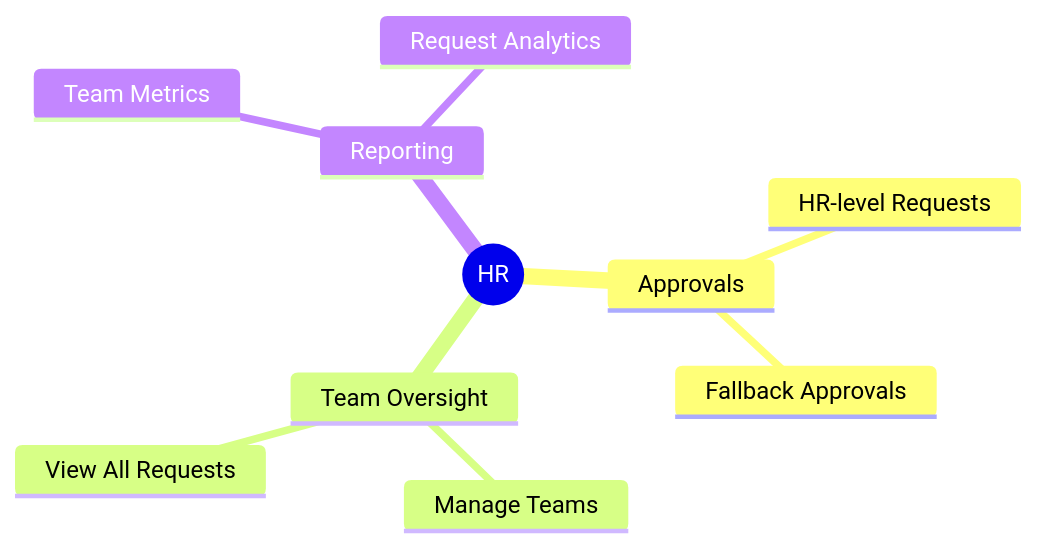
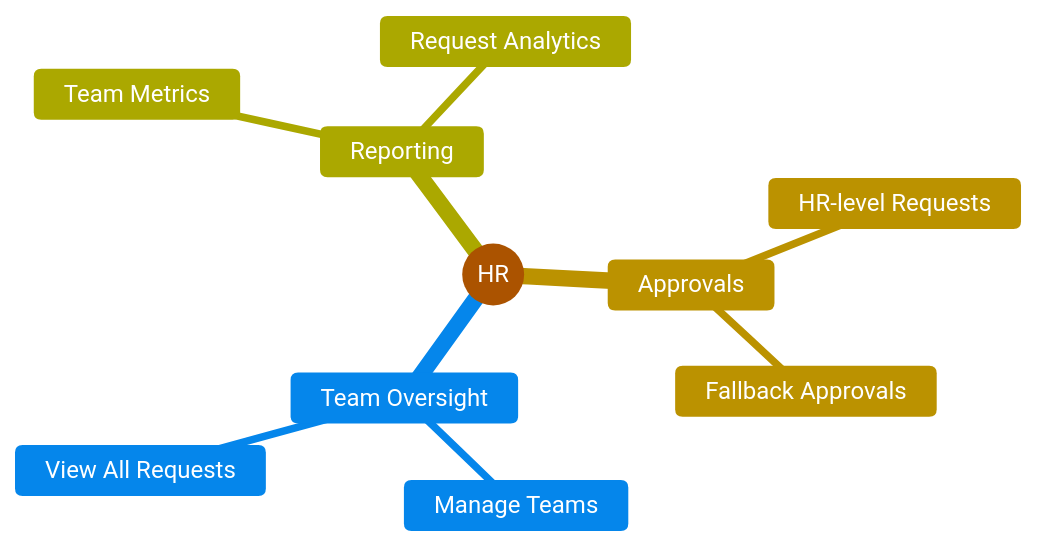
The second of 10 diagrams in docs/flows/06-summary.md (hashirali129/FlowManager), drawn with Mermaid before and after one commit. The commit also changed other lines of this file and 2 other files, not shown here.

Commit message:
Fixed error in Flow diagram

````diff
--- a/docs/flows/06-summary.md
+++ b/docs/flows/06-summary.md
@@ -45,13 +46,14 @@
 ```mermaid
+%%{init: {'theme':'base', 'themeVariables': { 'primaryColor':'#ff922b', 'primaryTextColor':'#fff', 'primaryBorderColor':'#d9480f', 'lineColor':'#868e96', 'secondaryColor':'#ffd43b', 'tertiaryColor':'#74c0fc'}}}%%
 mindmap
   root((HR))
     Approvals
       HR-level Requests
       Fallback Approvals
     Team Oversight
       Manage Teams
       View All Requests
     Reporting
       Team Metrics
       Request Analytics
 ```
````
